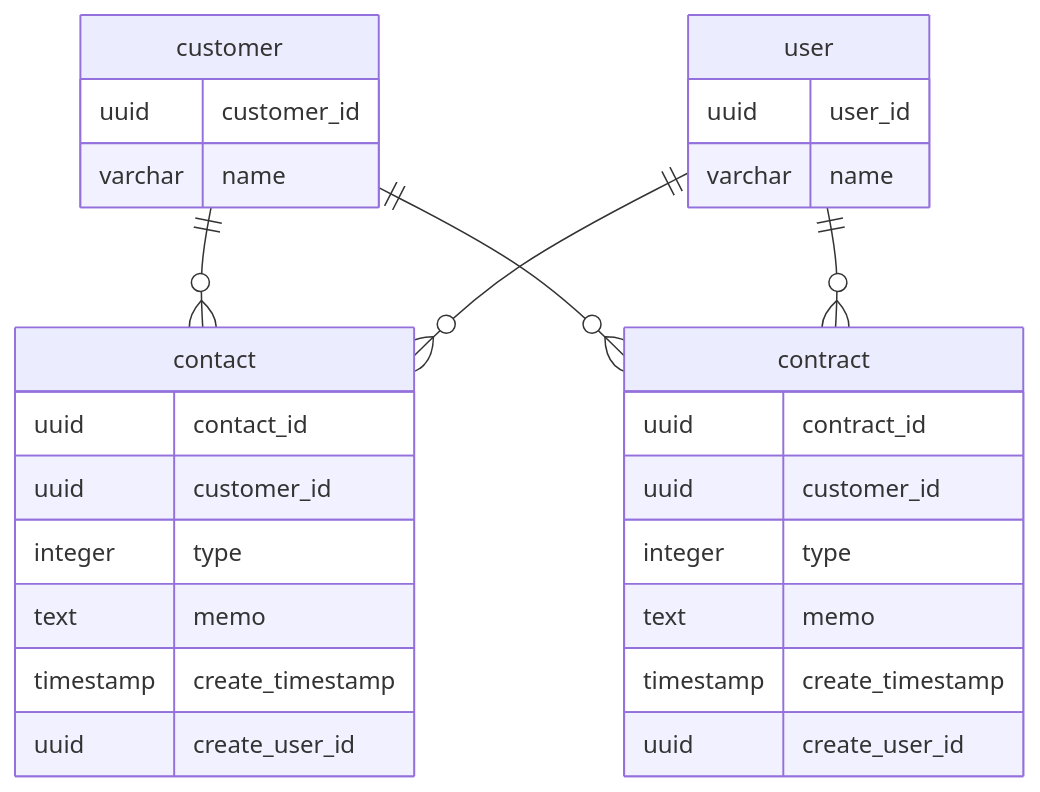
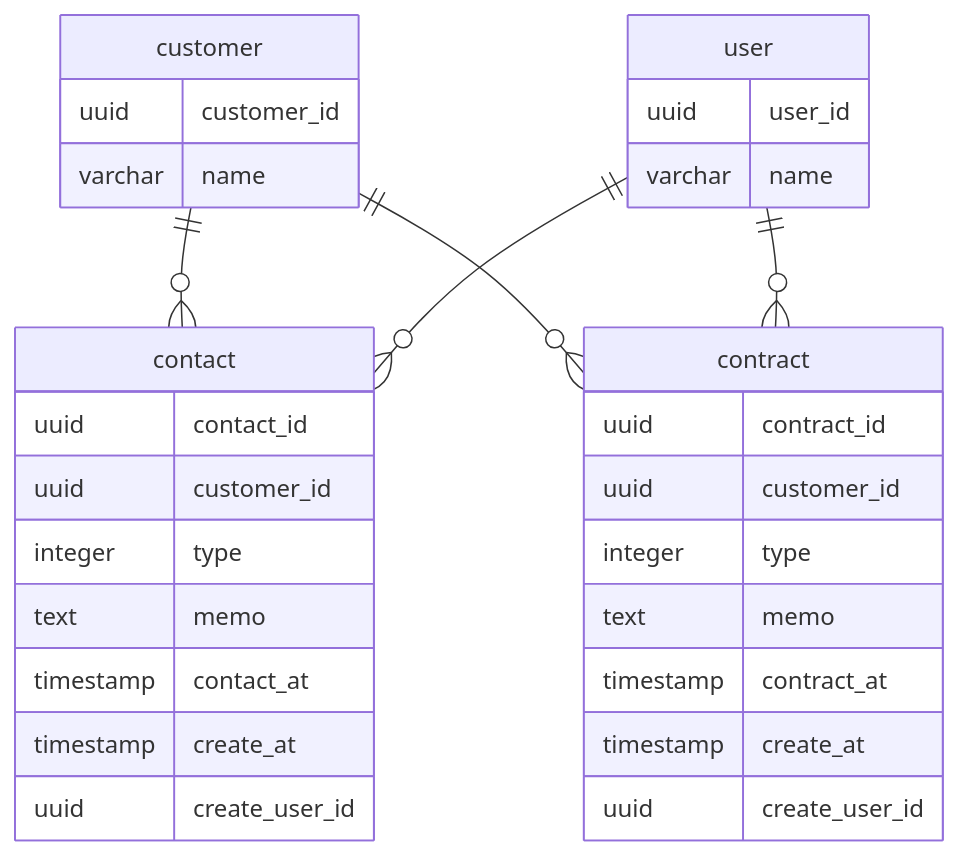
One commit to nyuusen/praha-challenge changed the diagram in sql-anti-pattern/5/README.md. Above: the diagram before and after it, drawn with Mermaid.

Commit message:
fix: 商談や契約日時カラムを追加

````diff
--- a/sql-anti-pattern/5/README.md
+++ b/sql-anti-pattern/5/README.md
@@ -36,37 +36,39 @@
 ```mermaid
 erDiagram
 
 customer ||--o{ contact: ""
 customer ||--o{ contract: ""
 user ||--o{ contact: ""
 user ||--o{ contract: ""
 
 customer {
   uuid customer_id
   varchar name
 }
 
 user {
   uuid user_id
   varchar name
 }
 
 contact {
   uuid contact_id
   uuid customer_id
   integer type
   text memo
-  timestamp create_timestamp
+  timestamp contact_at
+  timestamp create_at
   uuid create_user_id
 }
 
 contract {
   uuid contract_id
   uuid customer_id
   integer type
   text memo
-  timestamp create_timestamp
+  timestamp contract_at
+  timestamp create_at
   uuid create_user_id
 }
 
 ```
````
